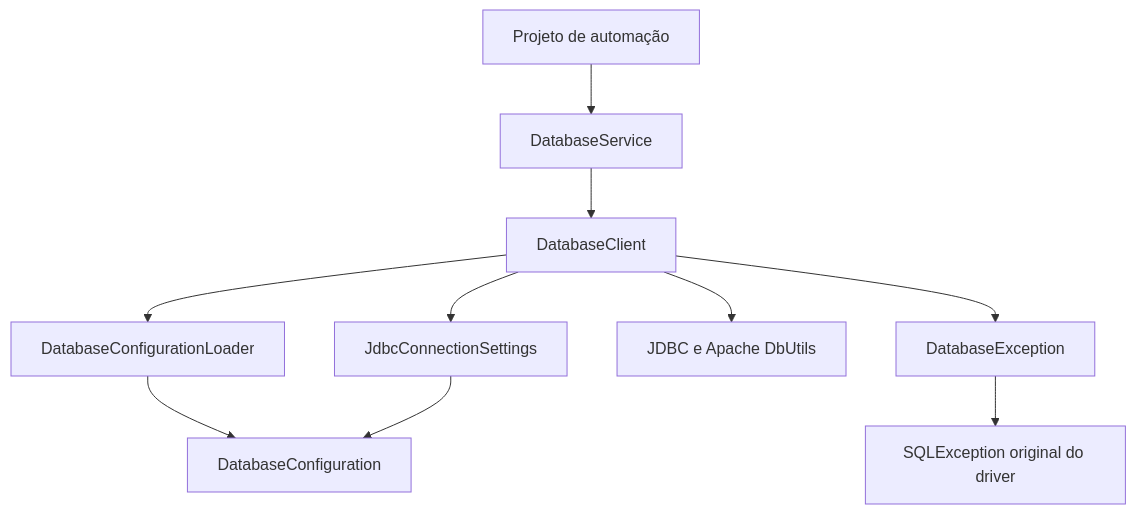
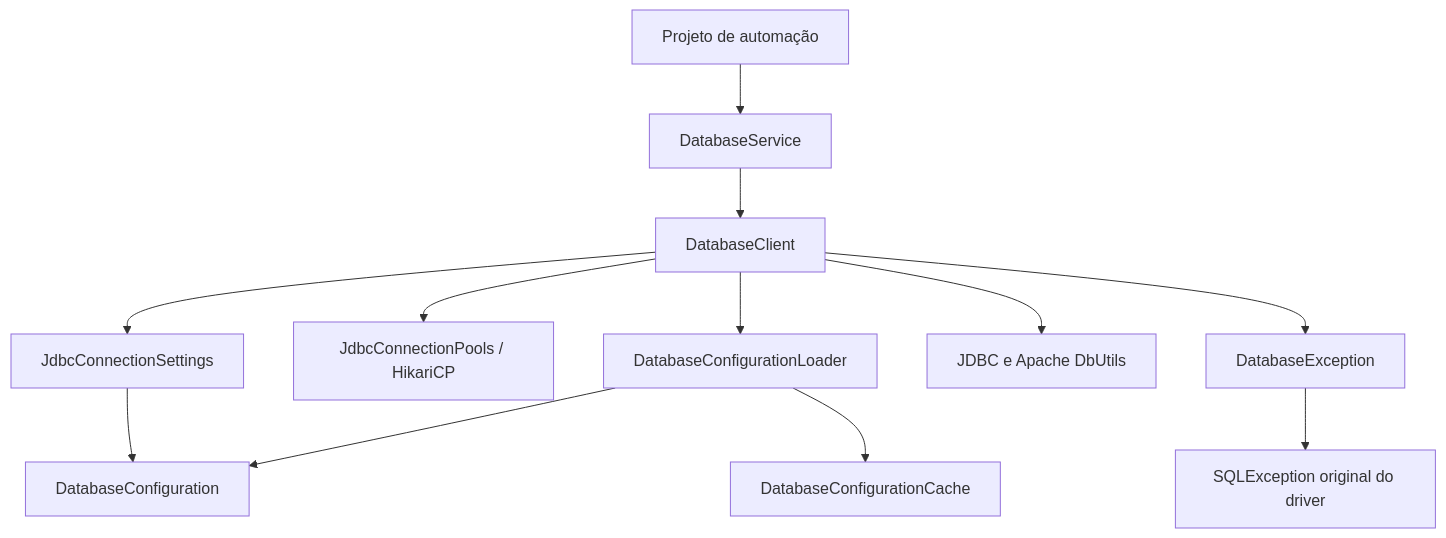
The diagram in docs/architecture.md (raialmeida/mindqa-db-commons), drawn with Mermaid before and after one commit. The commit also changed other lines of this file and 1 other file, not shown here.

````diff
--- a/docs/architecture.md
+++ b/docs/architecture.md
@@ -104,12 +105,14 @@
 ```mermaid
 flowchart TD
     Consumer[Projeto de automação] --> Service[DatabaseService]
     Service --> Client[DatabaseClient]
     Client --> Loader[DatabaseConfigurationLoader]
     Loader --> Configuration[DatabaseConfiguration]
+    Loader --> Cache[DatabaseConfigurationCache]
+    Client --> Pools[JdbcConnectionPools / HikariCP]
     Client --> Settings[JdbcConnectionSettings]
     Settings --> Configuration
     Client --> JDBC[JDBC e Apache DbUtils]
     Client --> Error[DatabaseException]
     Error --> Cause[SQLException original do driver]
 ```
````
